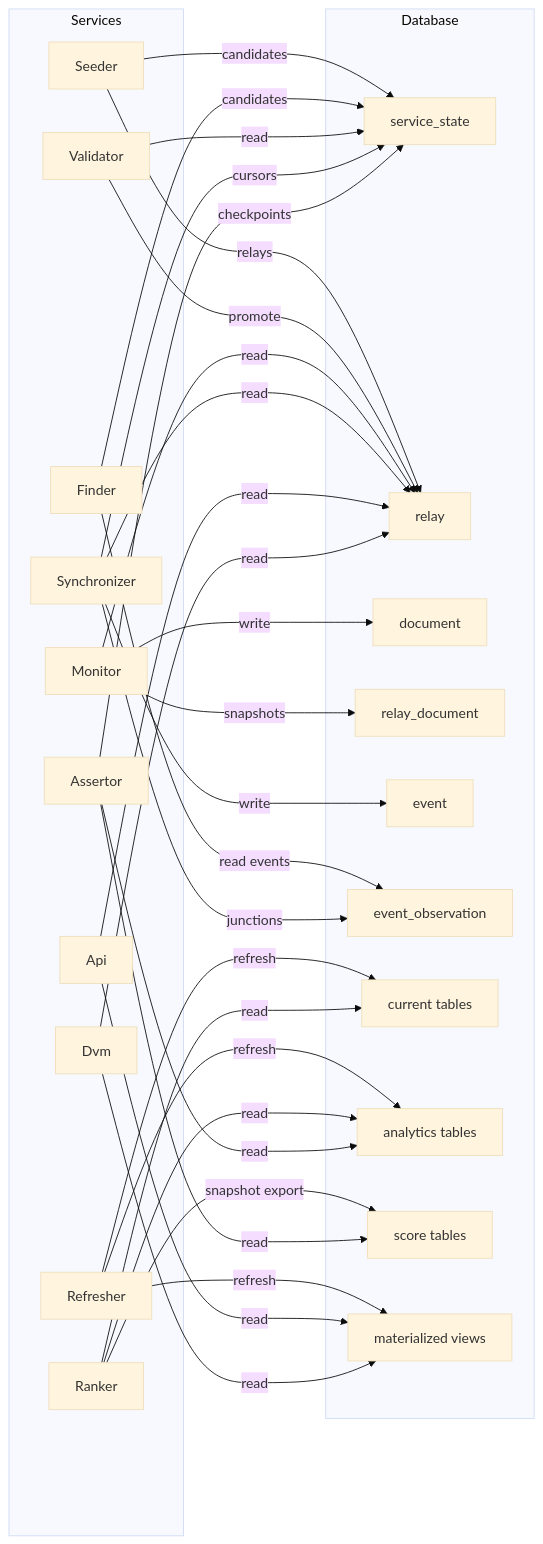
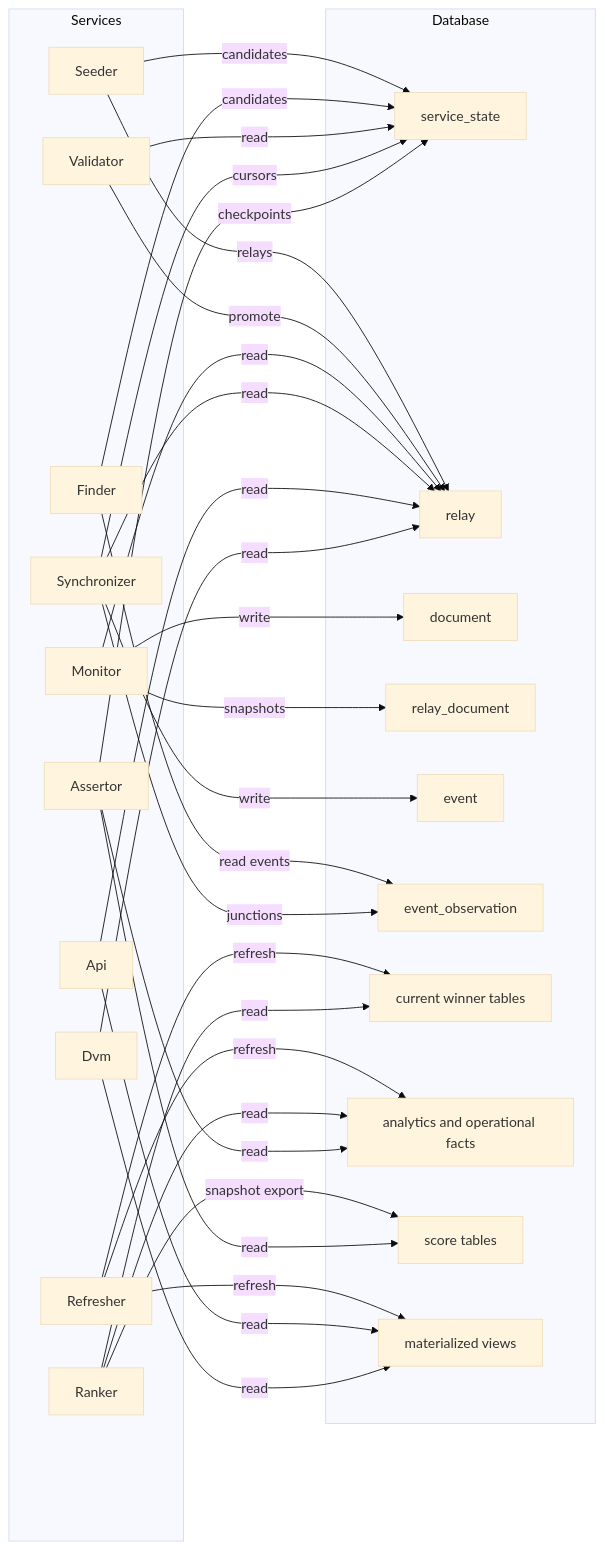
One commit to BigBrotr/bigbrotr changed the first of 5 diagrams in docs/user-guide/services.md. Above: the diagram before and after it, drawn with Mermaid (base theme). The commit also changed other lines of this file and 41 other files, not shown here.

````diff
--- a/docs/user-guide/services.md
+++ b/docs/user-guide/services.md
@@ -23,55 +23,55 @@
 ```mermaid
 flowchart LR
     subgraph Services
         SE["Seeder"]
         FI["Finder"]
         VA["Validator"]
         MO["Monitor"]
         SY["Synchronizer"]
         RE2["Refresher"]
         RA["Ranker"]
         AS["Assertor"]
         AP["Api"]
         DV["Dvm"]
     end
 
     subgraph Database
         SS["service_state"]
         RE["relay"]
         MD["document"]
         RM["relay_document"]
         EV["event"]
         ER["event_observation"]
-        CT["current tables"]
-        ST["analytics tables"]
+        CT["current winner tables"]
+        ST["analytics and operational facts"]
         RK["score tables"]
         MV["materialized views"]
     end
 
     SE -->|"candidates"| SS
     SE -->|"relays"| RE
     FI -->|"read events"| ER
     FI -->|"candidates"| SS
     VA -->|"read"| SS
     VA -->|"promote"| RE
     MO -->|"read"| RE
     MO -->|"write"| MD
     MO -->|"snapshots"| RM
     SY -->|"read"| RE
     SY -->|"cursors"| SS
     SY -->|"write"| EV
     SY -->|"junctions"| ER
     RE2 -->|"refresh"| CT
     RE2 -->|"refresh"| ST
     RE2 -->|"refresh"| MV
     RA -->|"read"| CT
     RA -->|"read"| ST
     RA -->|"snapshot export"| RK
     AS -->|"read"| ST
     AS -->|"read"| RK
     AS -->|"checkpoints"| SS
     AP -->|"read"| RE
     AP -->|"read"| MV
     DV -->|"read"| RE
     DV -->|"read"| MV
 ```
````
